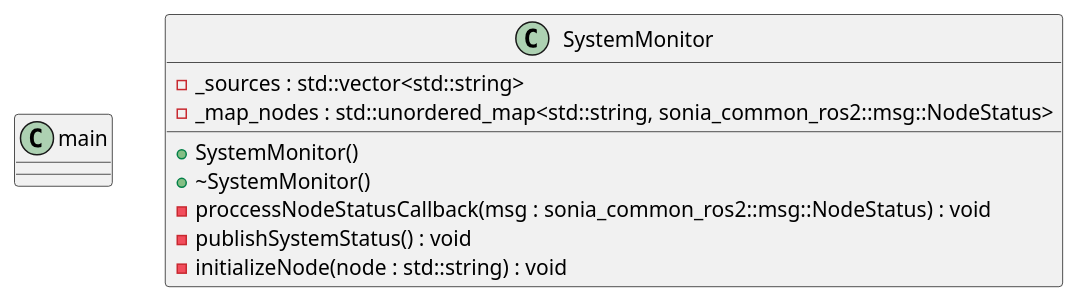
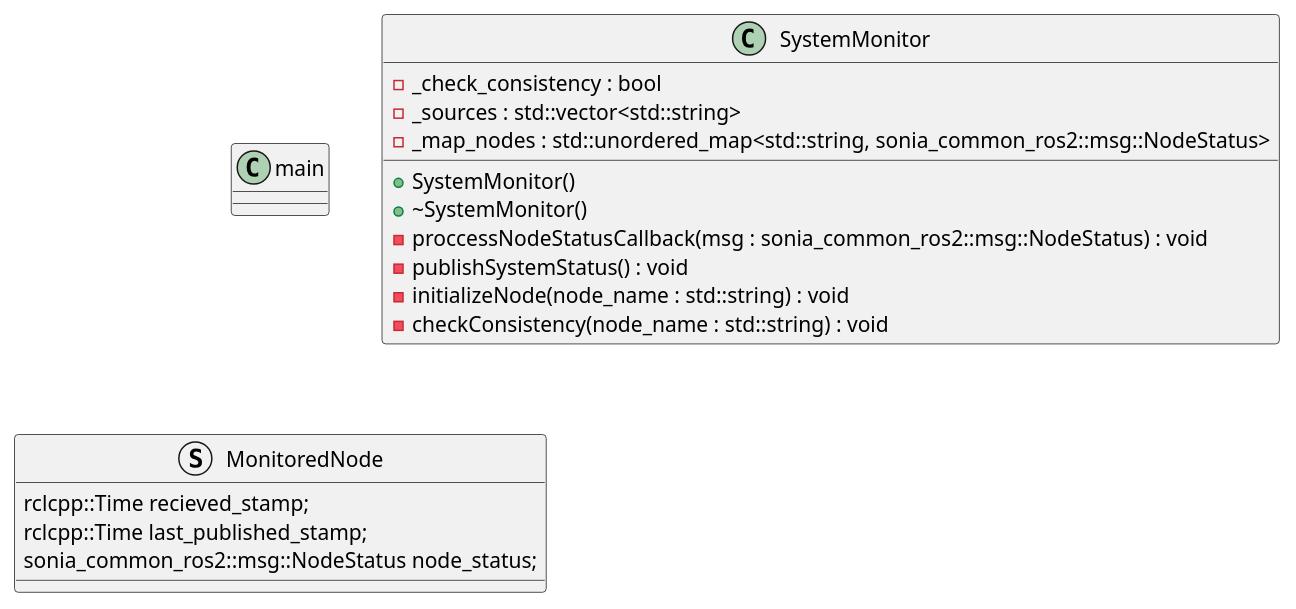
One commit to sonia-auv/sonia_deploy changed the diagram in doc/ClassDiagram.wsd. Above: the diagram before and after it, drawn with PlantUML. The commit also changed 2 other files, not shown here.

```diff
--- a/doc/ClassDiagram.wsd
+++ b/doc/ClassDiagram.wsd
@@ -1,15 +1,22 @@
-@startuml template
+@startuml Class Diagram
     class main{
         }
     class SystemMonitor{
+        - _check_consistency : bool
         - _sources : std::vector<std::string>
         - _map_nodes : std::unordered_map<std::string, sonia_common_ros2::msg::NodeStatus>
     
         + SystemMonitor()
         + ~SystemMonitor()
         - proccessNodeStatusCallback(msg : sonia_common_ros2::msg::NodeStatus) : void
         - publishSystemStatus() : void
-        - initializeNode(node : std::string) : void       
+        - initializeNode(node_name : std::string) : void
+        - checkConsistency(node_name : std::string) : void       
 
     }
+    struct MonitoredNode{
+        rclcpp::Time recieved_stamp;
+        rclcpp::Time last_published_stamp;
+        sonia_common_ros2::msg::NodeStatus node_status;
+    }
 @enduml
```
